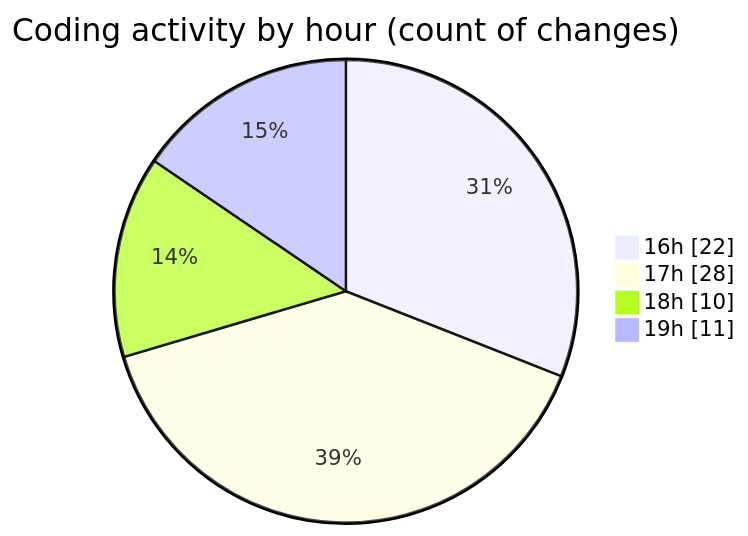
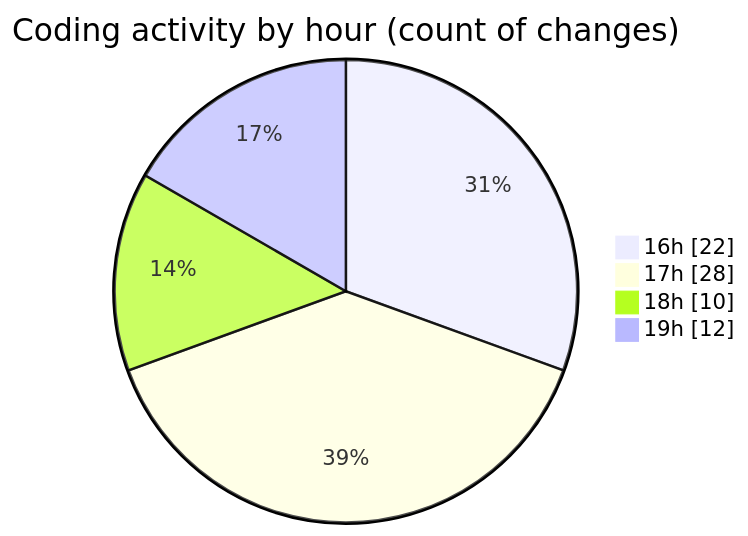
The second of 2 diagrams in 2026-02-17/bot_v1_2/README.md (becaeroporto-bot/code-tracking), drawn with Mermaid before and after one commit. The commit also changed other lines of this file and 1 other file, not shown here.

````diff
--- a/2026-02-17/bot_v1_2/README.md
+++ b/2026-02-17/bot_v1_2/README.md
@@ -52,8 +52,8 @@
 ```mermaid
 pie showData
 title Coding activity by hour (count of changes)
 "16h" : 22
 "17h" : 28
 "18h" : 10
-"19h" : 11
+"19h" : 12
 ```
````
